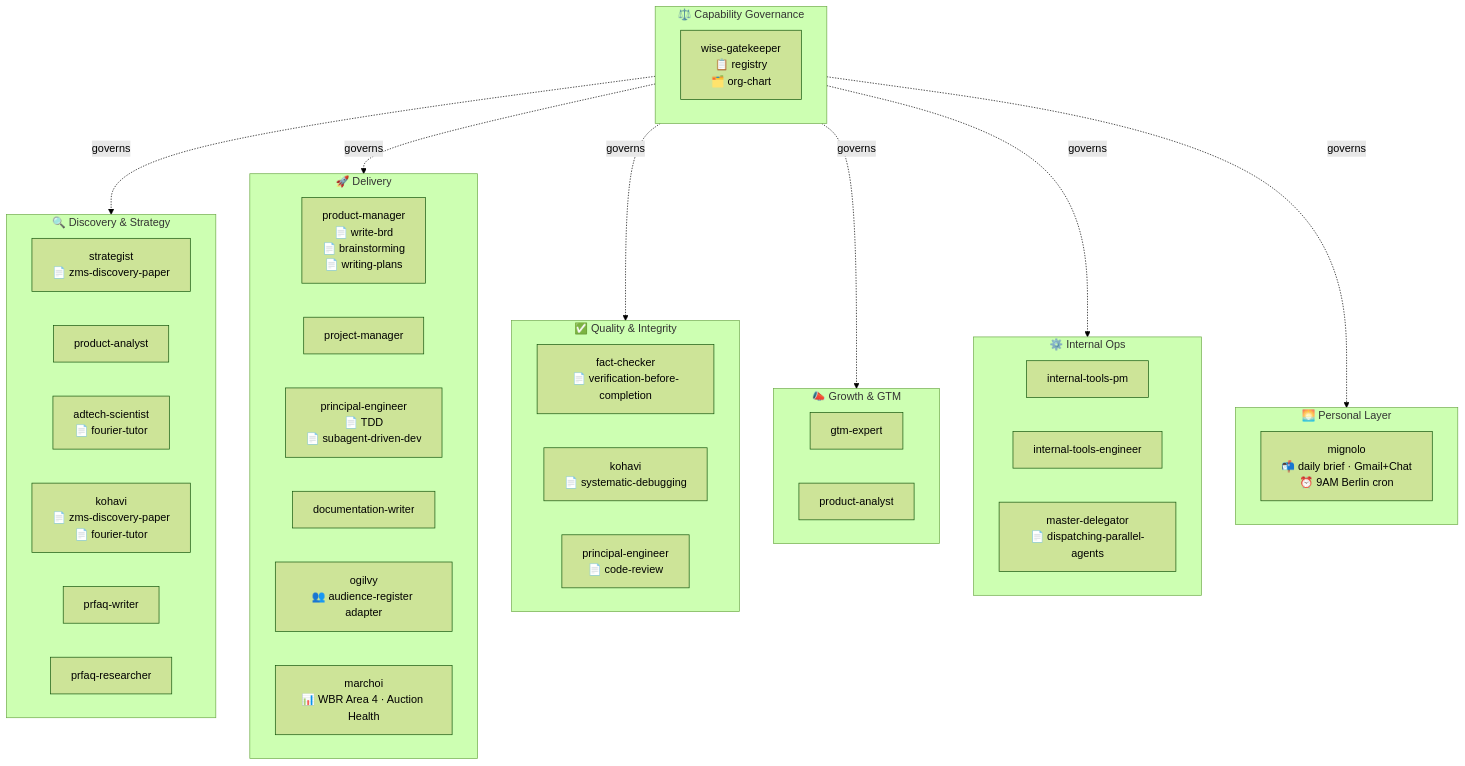
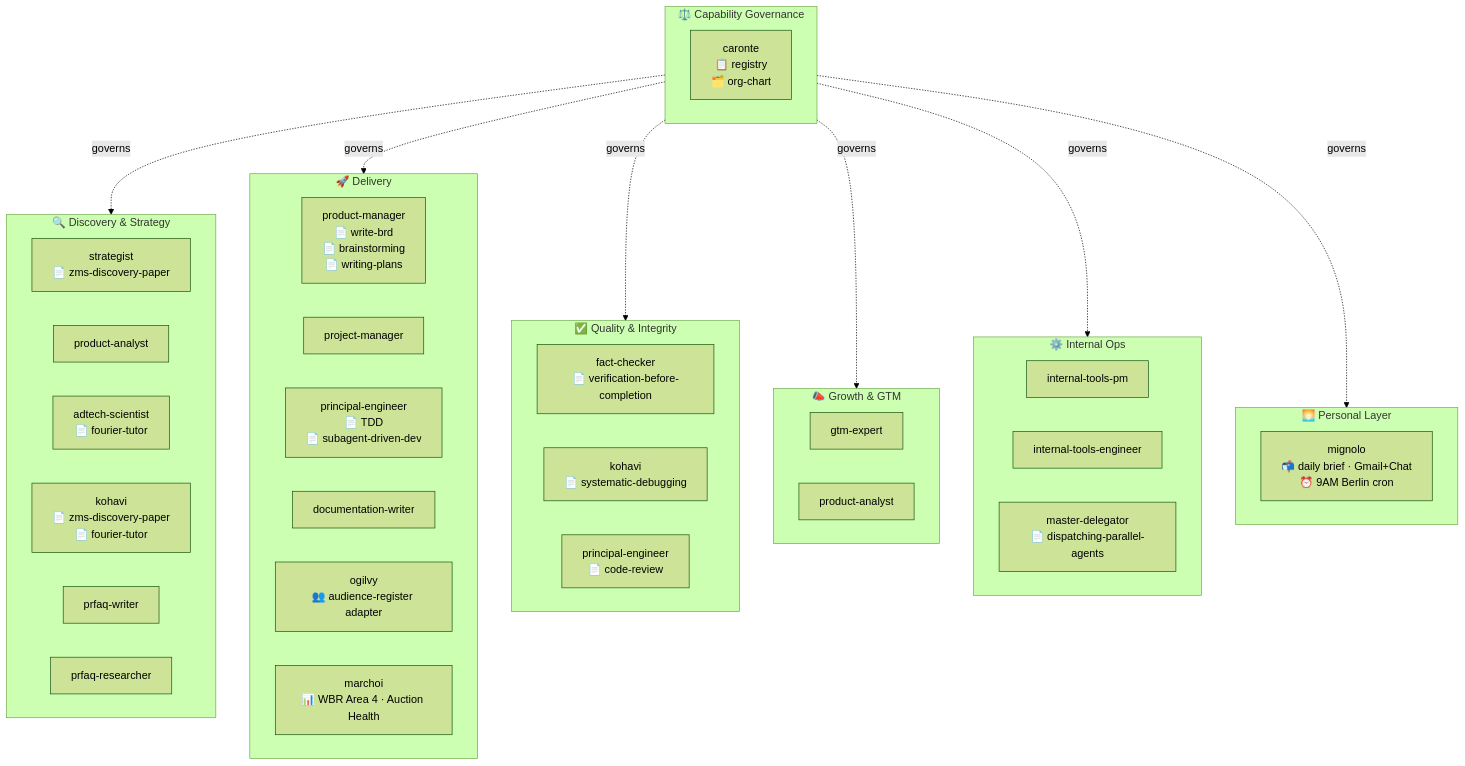
The first of 4 diagrams in my-claude4product-setup/org-chart.md (therestofeden/product-thinking), drawn with Mermaid (forest theme) before and after one commit. The commit also changed other lines of this file, not shown here.

Commit message:
feat(org-chart): rename wise-gatekeeper→caronte, add Mignolo→Caronte feedback loop diagram

````diff
--- a/my-claude4product-setup/org-chart.md
+++ b/my-claude4product-setup/org-chart.md
@@ -7,52 +7,52 @@
 ```mermaid
 graph TD
   subgraph GOV["⚖️ Capability Governance"]
-    WG["wise-gatekeeper\n📋 registry\n🗂️ org-chart"]
+    CA["caronte\n📋 registry\n🗂️ org-chart"]
   end
 
   subgraph DISC["🔍 Discovery & Strategy"]
     STR["strategist\n📄 zms-discovery-paper"]
     PA["product-analyst"]
     ADS["adtech-scientist\n📄 fourier-tutor"]
     KOH["kohavi\n📄 zms-discovery-paper\n📄 fourier-tutor"]
     PW["prfaq-writer"]
     PR["prfaq-researcher"]
   end
 
   subgraph DEL["🚀 Delivery"]
     PM["product-manager\n📄 write-brd\n📄 brainstorming\n📄 writing-plans"]
     PJM["project-manager"]
     PE["principal-engineer\n📄 TDD\n📄 subagent-driven-dev"]
     DW["documentation-writer"]
     OG["ogilvy\n👥 audience-register adapter"]
     MA["marchoi\n📊 WBR Area 4 · Auction Health"]
   end
 
   subgraph QI["✅ Quality & Integrity"]
     FC["fact-checker\n📄 verification-before-completion"]
     KOH2["kohavi\n📄 systematic-debugging"]
     PE2["principal-engineer\n📄 code-review"]
   end
 
   subgraph GTM["📣 Growth & GTM"]
     GE["gtm-expert"]
     PA2["product-analyst"]
   end
 
   subgraph OPS["⚙️ Internal Ops"]
     ITPM["internal-tools-pm"]
     ITE["internal-tools-engineer"]
     MD["master-delegator\n📄 dispatching-parallel-agents"]
   end
 
   subgraph PERS["🌅 Personal Layer"]
     MIG["mignolo\n📬 daily brief · Gmail+Chat\n⏰ 9AM Berlin cron"]
   end
 
   GOV -.governs.-> DISC
   GOV -.governs.-> DEL
   GOV -.governs.-> QI
   GOV -.governs.-> GTM
   GOV -.governs.-> OPS
   GOV -.governs.-> PERS
 ```
````
